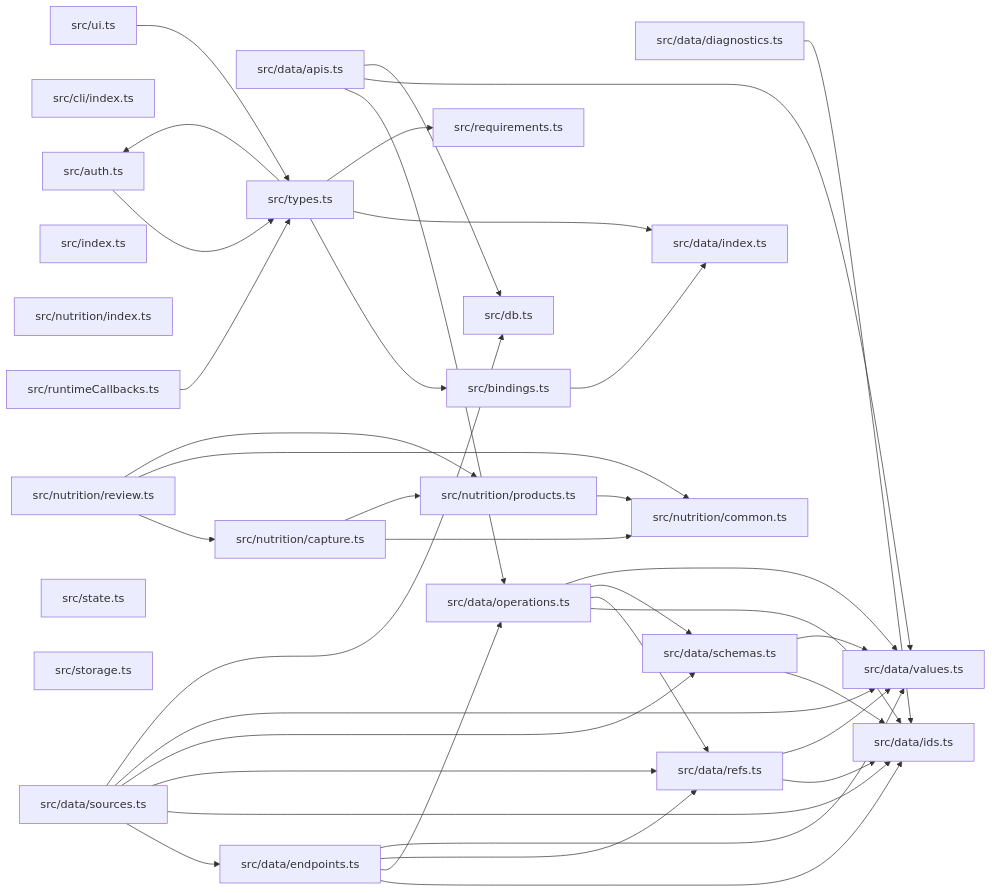
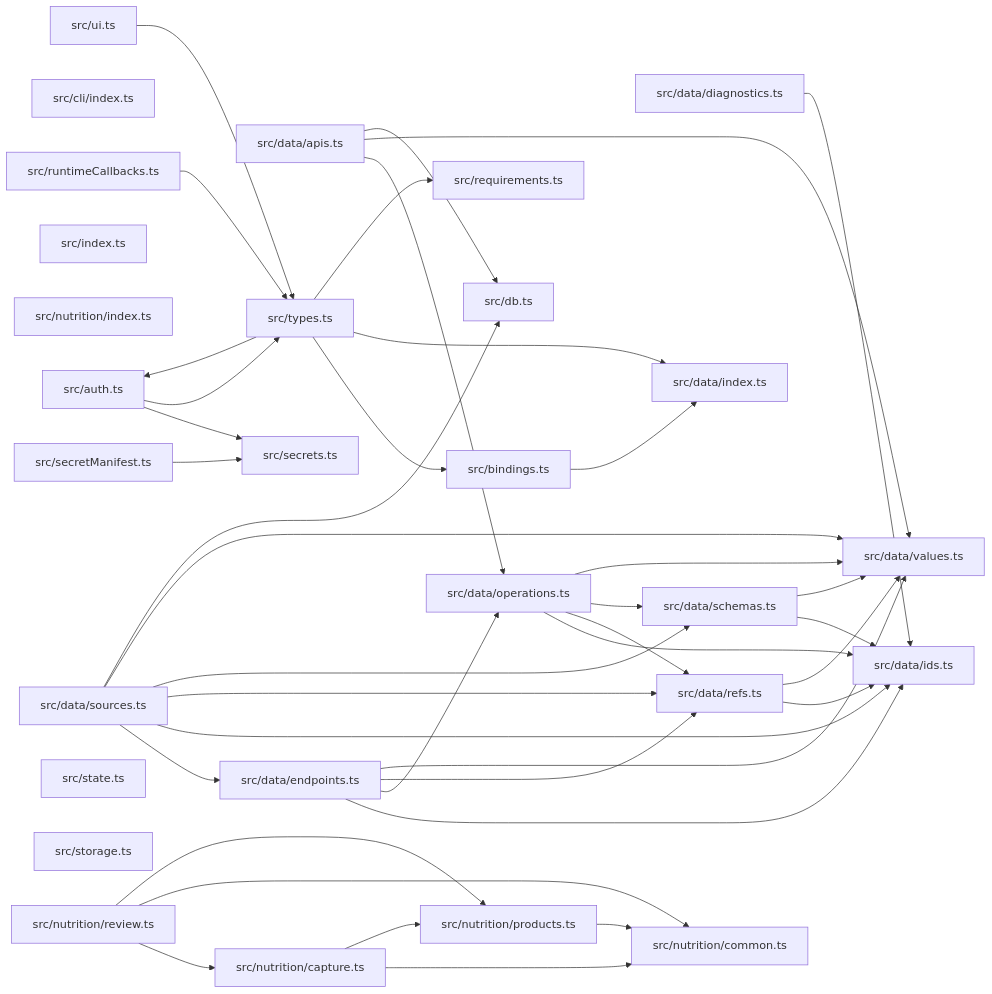
The diagram in paradox/diagrams/module-relationships.mmd (ankhorage/contracts), drawn with Mermaid before and after one commit. The commit also changed 11 other files, not shown here.

```diff
--- a/paradox/diagrams/module-relationships.mmd
+++ b/paradox/diagrams/module-relationships.mmd
@@ -1,63 +1,67 @@
 graph LR
   module_src_auth_ts["src/auth.ts"]
   module_src_bindings_ts["src/bindings.ts"]
   module_src_cli_index_ts["src/cli/index.ts"]
   module_src_data_apis_ts["src/data/apis.ts"]
   module_src_data_diagnostics_ts["src/data/diagnostics.ts"]
   module_src_data_endpoints_ts["src/data/endpoints.ts"]
   module_src_data_ids_ts["src/data/ids.ts"]
   module_src_data_index_ts["src/data/index.ts"]
   module_src_data_operations_ts["src/data/operations.ts"]
   module_src_data_refs_ts["src/data/refs.ts"]
   module_src_data_schemas_ts["src/data/schemas.ts"]
   module_src_data_sources_ts["src/data/sources.ts"]
   module_src_data_values_ts["src/data/values.ts"]
   module_src_db_ts["src/db.ts"]
   module_src_index_ts["src/index.ts"]
   module_src_nutrition_capture_ts["src/nutrition/capture.ts"]
   module_src_nutrition_common_ts["src/nutrition/common.ts"]
   module_src_nutrition_index_ts["src/nutrition/index.ts"]
   module_src_nutrition_products_ts["src/nutrition/products.ts"]
   module_src_nutrition_review_ts["src/nutrition/review.ts"]
   module_src_requirements_ts["src/requirements.ts"]
   module_src_runtimeCallbacks_ts["src/runtimeCallbacks.ts"]
+  module_src_secretManifest_ts["src/secretManifest.ts"]
+  module_src_secrets_ts["src/secrets.ts"]
   module_src_state_ts["src/state.ts"]
   module_src_storage_ts["src/storage.ts"]
   module_src_types_ts["src/types.ts"]
   module_src_ui_ts["src/ui.ts"]
+  module_src_auth_ts --> module_src_secrets_ts
   module_src_auth_ts --> module_src_types_ts
   module_src_bindings_ts --> module_src_data_index_ts
   module_src_data_apis_ts --> module_src_data_operations_ts
   module_src_data_apis_ts --> module_src_data_values_ts
   module_src_data_apis_ts --> module_src_db_ts
   module_src_data_diagnostics_ts --> module_src_data_ids_ts
   module_src_data_endpoints_ts --> module_src_data_ids_ts
   module_src_data_endpoints_ts --> module_src_data_operations_ts
   module_src_data_endpoints_ts --> module_src_data_refs_ts
   module_src_data_endpoints_ts --> module_src_data_values_ts
   module_src_data_operations_ts --> module_src_data_ids_ts
   module_src_data_operations_ts --> module_src_data_refs_ts
   module_src_data_operations_ts --> module_src_data_schemas_ts
   module_src_data_operations_ts --> module_src_data_values_ts
   module_src_data_refs_ts --> module_src_data_ids_ts
   module_src_data_refs_ts --> module_src_data_values_ts
   module_src_data_schemas_ts --> module_src_data_ids_ts
   module_src_data_schemas_ts --> module_src_data_values_ts
   module_src_data_sources_ts --> module_src_data_endpoints_ts
   module_src_data_sources_ts --> module_src_data_ids_ts
   module_src_data_sources_ts --> module_src_data_refs_ts
   module_src_data_sources_ts --> module_src_data_schemas_ts
   module_src_data_sources_ts --> module_src_data_values_ts
   module_src_data_sources_ts --> module_src_db_ts
   module_src_nutrition_capture_ts --> module_src_nutrition_common_ts
   module_src_nutrition_capture_ts --> module_src_nutrition_products_ts
   module_src_nutrition_products_ts --> module_src_nutrition_common_ts
   module_src_nutrition_review_ts --> module_src_nutrition_capture_ts
   module_src_nutrition_review_ts --> module_src_nutrition_common_ts
   module_src_nutrition_review_ts --> module_src_nutrition_products_ts
   module_src_runtimeCallbacks_ts --> module_src_types_ts
+  module_src_secretManifest_ts --> module_src_secrets_ts
   module_src_types_ts --> module_src_auth_ts
   module_src_types_ts --> module_src_bindings_ts
   module_src_types_ts --> module_src_data_index_ts
   module_src_types_ts --> module_src_requirements_ts
   module_src_ui_ts --> module_src_types_ts
```
